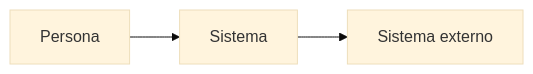
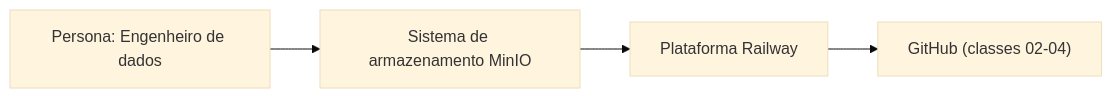
The first of 3 diagrams in aula_01_minio/specs/plan.md (aukobe/dcs-2026), drawn with Mermaid (base theme) before and after one commit. The commit also changed other lines of this file and 3 other files, not shown here.

````diff
--- a/aula_01_minio/specs/plan.md
+++ b/aula_01_minio/specs/plan.md
@@ -9,5 +5,6 @@
 ```mermaid
 flowchart LR
-  pessoa["Persona"] --> sistema["Sistema"]
-  sistema --> externo["Sistema externo"]
+  persona["Persona: Engenheiro de dados"] --> sistema["Sistema de armazenamento MinIO"]
+  sistema --> externo["Plataforma Railway"]
+  externo --> github["GitHub (classes 02-04)"]
 ```
````
